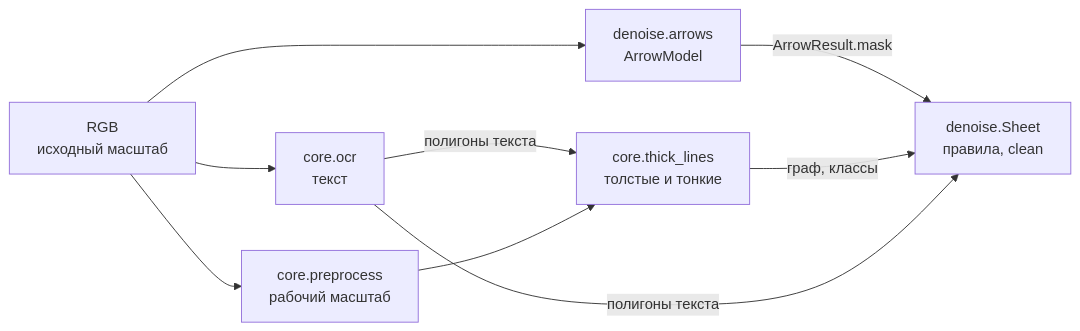
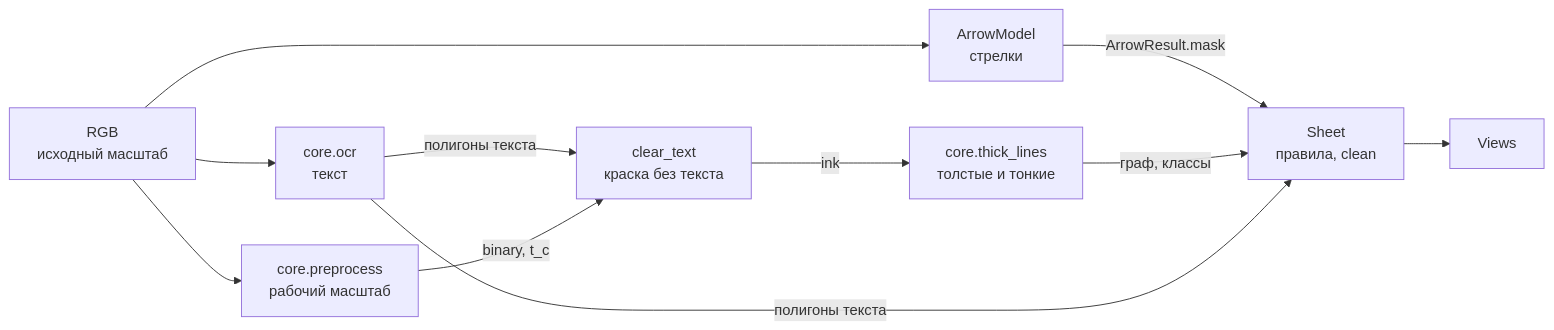
One commit to SergeyKrasnoslobodtsev/draftslice changed the second of 6 diagrams in docs/architecture/modules/denoise.md. Above: the diagram before and after it, drawn with Mermaid. The commit also changed other lines of this file and 5 other files, not shown here.

Commit message:
doc: добавлены диаграммы и почищены ссылки

````diff
--- a/docs/architecture/modules/denoise.md
+++ b/docs/architecture/modules/denoise.md
@@ -25,11 +175,13 @@
 ```mermaid
 flowchart LR
     img["RGB<br/>исходный масштаб"] --> OCR["core.ocr<br/>текст"]
-    img --> AR["denoise.arrows<br/>ArrowModel"]
+    img --> AR["ArrowModel<br/>стрелки"]
     img --> PP["core.preprocess<br/>рабочий масштаб"]
-    OCR -->|"полигоны текста"| TL["core.thick_lines<br/>толстые и тонкие"]
-    PP --> TL
-    AR -->|"ArrowResult.mask"| S["denoise.Sheet<br/>правила, clean"]
+    OCR -->|"полигоны текста"| CT["clear_text<br/>краска без текста"]
+    PP -->|"binary, t_c"| CT
+    CT -->|"ink"| TL["core.thick_lines<br/>толстые и тонкие"]
+    AR -->|"ArrowResult.mask"| S["Sheet<br/>правила, clean"]
     TL -->|"граф, классы"| S
     OCR -->|"полигоны текста"| S
+    S --> V["Views"]
 ```
````
